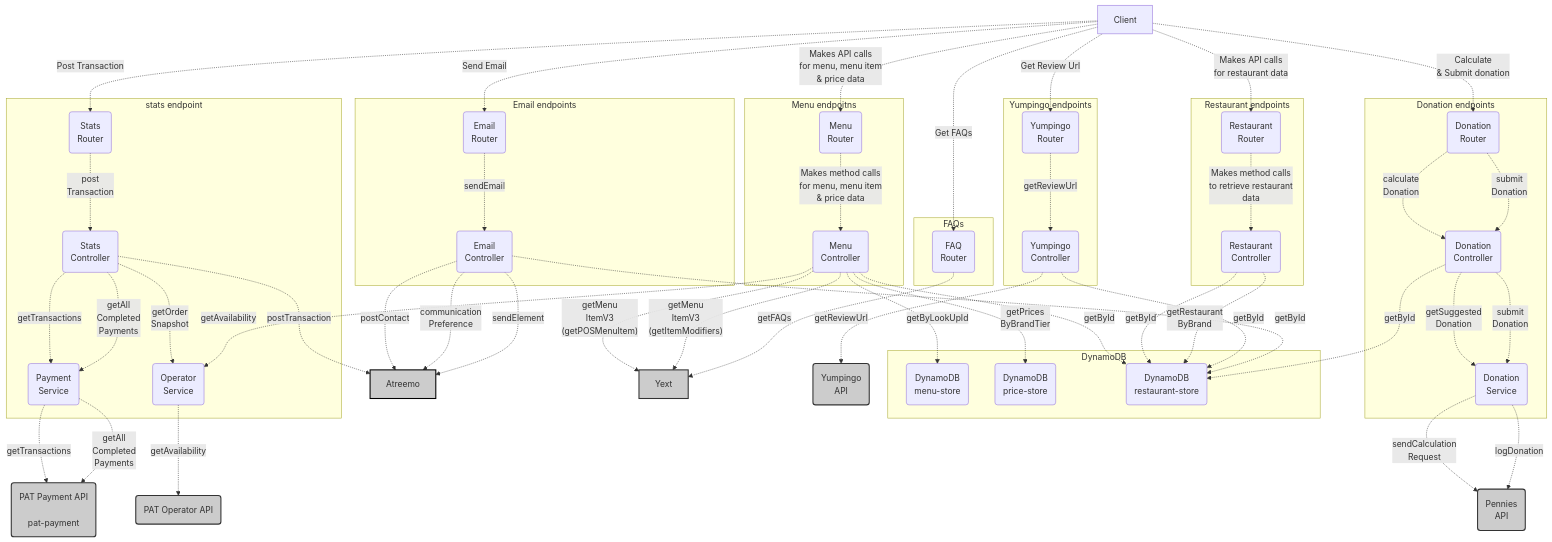
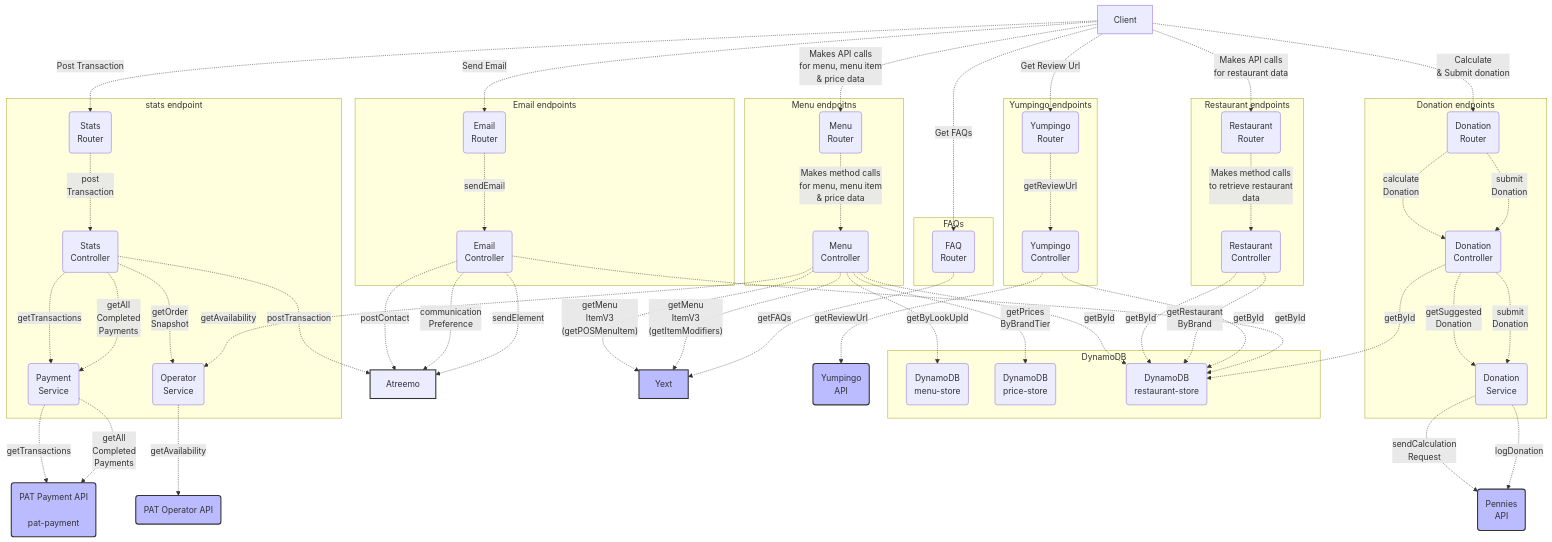
Before and after one commit to anandakumarpalanisamy/css-recipes: the fourth of 9 diagrams in README.md, drawn with Mermaid.

```diff
--- a/README.md
+++ b/README.md
@@ -86,12 +86,12 @@
 %%{init: {'theme':'base','themeVariables': { 'lineColor': '#ffffff', }}}%%
 graph TB
 
-  style Atreemo fill:#ccc,stroke:black,stroke-width:2px
-  style Yext fill:#ccc,stroke:#333,stroke-width:2px
-  style PatOperator fill:#ccc,stroke:#333,stroke-width:2px
-  style PATPayment fill:#ccc,stroke:#333,stroke-width:2px
-  style Yumpingo fill:#ccc,stroke:#333,stroke-width:2px
-  style Pennies fill:#ccc,stroke:#333,stroke-width:2px
+  style Atreemo fill:bbf,stroke:#333,stroke-width:2px
+  style Yext fill:#bbf,stroke:#333,stroke-width:2px
+  style PatOperator fill:#bbf,stroke:#333,stroke-width:2px
+  style PATPayment fill:#bbf,stroke:#333,stroke-width:2px
+  style Yumpingo fill:#bbf,stroke:#333,stroke-width:2px
+  style Pennies fill:#bbf,stroke:#333,stroke-width:2px
 
   Client -. "Makes API calls <br/>for menu, menu item<br/> & price data" .-> MenuRouter(Menu<br/>Router)
   Client -. "Makes API calls <br/>for restaurant data" .-> RestaurantRouter(Restaurant<br/>Router)
```
